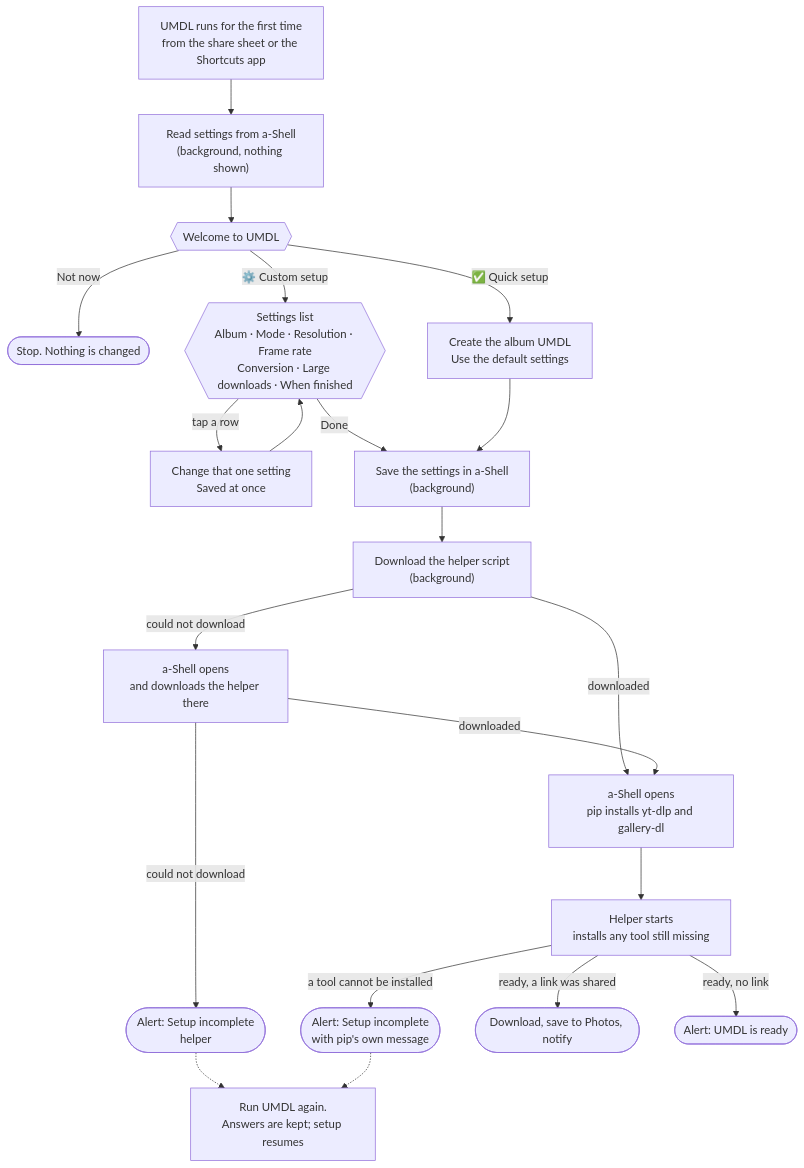
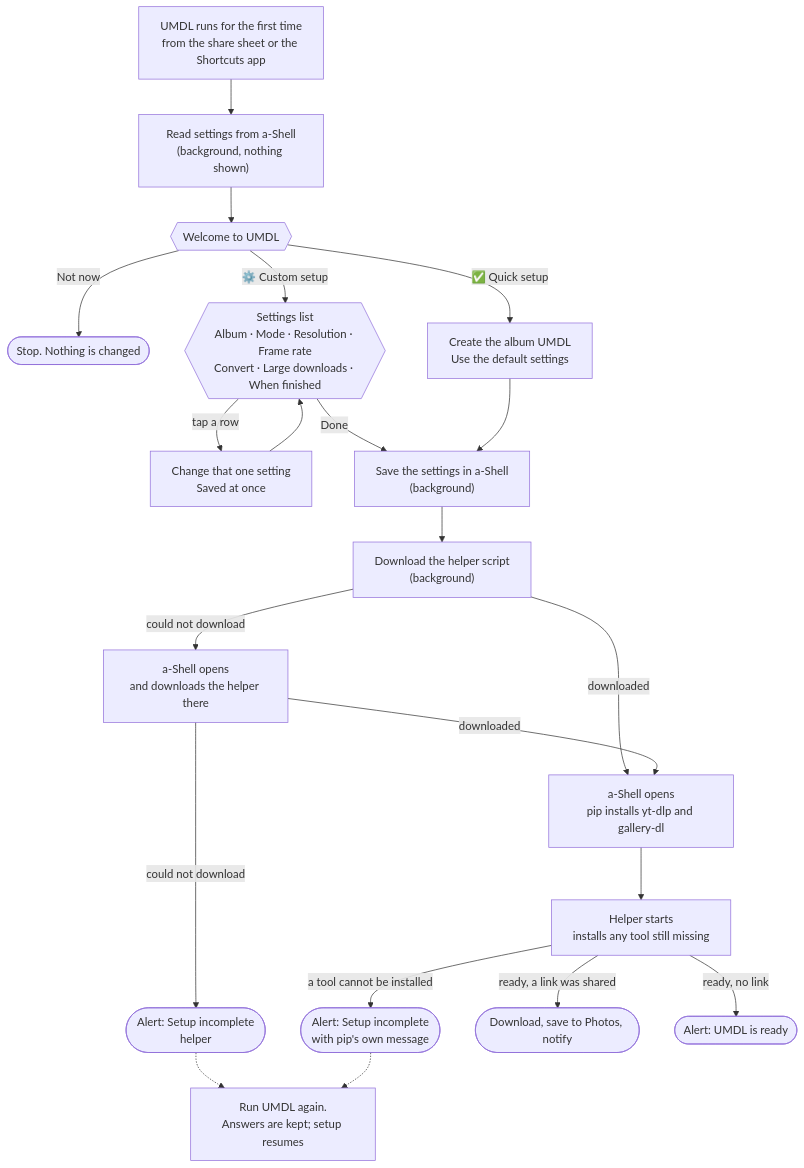
Before and after one commit to TheKfcBandit/UMDL: the first of 2 diagrams in docs/BEHAVIOR.md, drawn with Mermaid. The commit also changed other lines of this file and 12 other files, not shown here.

````diff
--- a/docs/BEHAVIOR.md
+++ b/docs/BEHAVIOR.md
@@ -45,23 +46,23 @@
 ```mermaid
 flowchart TD
     S["UMDL runs for the first time<br/>from the share sheet or the Shortcuts app"] --> P["Read settings from a-Shell<br/>(background, nothing shown)"]
     P --> W{{"Welcome to UMDL"}}
     W -- "Not now" --> X(["Stop. Nothing is changed"])
     W -- "✅ Quick setup" --> QA["Create the album UMDL<br/>Use the default settings"]
-    W -- "⚙️ Custom setup" --> C{{"Settings list<br/>Album · Mode · Resolution · Frame rate<br/>Conversion · Large downloads · When finished"}}
+    W -- "⚙️ Custom setup" --> C{{"Settings list<br/>Album · Mode · Resolution · Frame rate<br/>Convert · Large downloads · When finished"}}
     C -- "tap a row" --> C1["Change that one setting<br/>Saved at once"]
     C1 --> C
     C -- "Done" --> SV
     QA --> SV["Save the settings in a-Shell<br/>(background)"]
     SV --> F["Download the helper script<br/>(background)"]
     F -- "downloaded" --> A["a-Shell opens<br/>pip installs yt-dlp and gallery-dl"]
     F -- "could not download" --> F2["a-Shell opens<br/>and downloads the helper there"]
     F2 -- "downloaded" --> A
     F2 -- "could not download" --> E1(["Alert: Setup incomplete<br/>helper"])
     A --> H["Helper starts<br/>installs any tool still missing"]
     H -- "a tool cannot be installed" --> E2(["Alert: Setup incomplete<br/>with pip's own message"])
     H -- "ready, a link was shared" --> D(["Download, save to Photos, notify"])
     H -- "ready, no link" --> R(["Alert: UMDL is ready"])
     E1 -.-> RT["Run UMDL again.<br/>Answers are kept; setup resumes"]
     E2 -.-> RT
 ```
````
